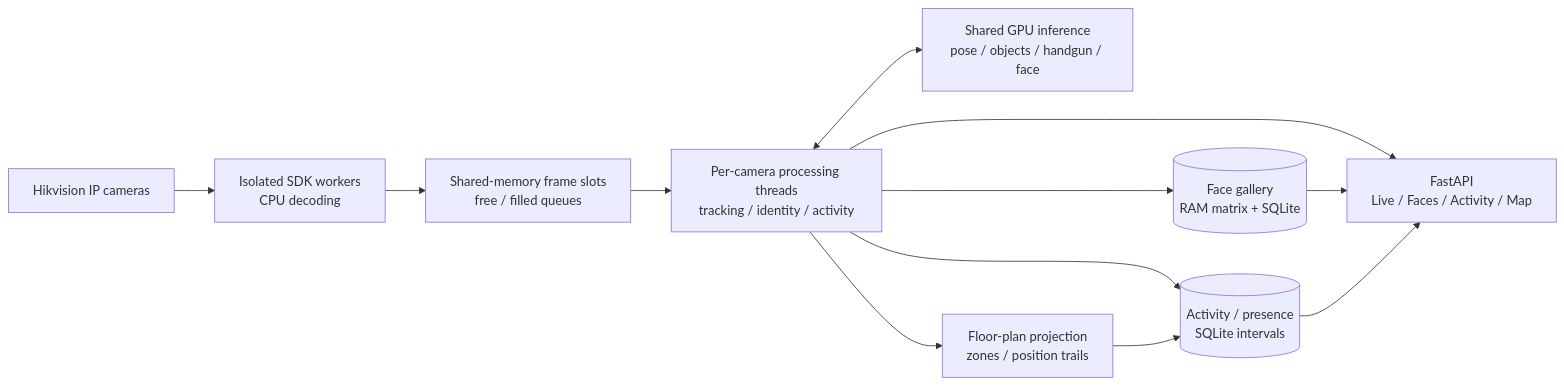
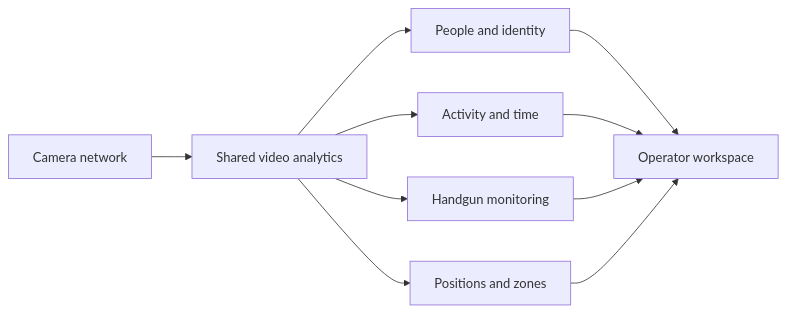
The diagram in README.md (Maks-Grigoryan/AI-ANALYTICS), drawn with Mermaid before and after one commit. The commit also changed other lines of this file and 11 other files, not shown here.

Commit message:
Present AI ANALYTOX through engineering outcomes and efficient camera analytics

````diff
--- a/README.md
+++ b/README.md
@@ -47,14 +70,12 @@
 ```mermaid
 flowchart LR
-    CAM[Hikvision IP cameras] --> SDK[Isolated SDK workers\nCPU decoding]
-    SDK --> SHM[Shared-memory frame slots\nfree / filled queues]
-    SHM --> TRACK[Per-camera processing threads\ntracking / identity / activity]
-    TRACK <--> GPU[Shared GPU inference\npose / objects / handgun / face]
-    TRACK --> FACE[(Face gallery\nRAM matrix + SQLite)]
-    TRACK --> EVENTS[(Activity / presence\nSQLite intervals)]
-    TRACK --> MAP[Floor-plan projection\nzones / position trails]
-    MAP --> EVENTS
-    TRACK --> UI[FastAPI\nLive / Faces / Activity / Map]
-    FACE --> UI
-    EVENTS --> UI
+    C[Camera network] --> A[Shared video analytics]
+    A --> P[People and identity]
+    A --> T[Activity and time]
+    A --> S[Handgun monitoring]
+    A --> M[Positions and zones]
+    P --> W[Operator workspace]
+    T --> W
+    S --> W
+    M --> W
 ```
````
